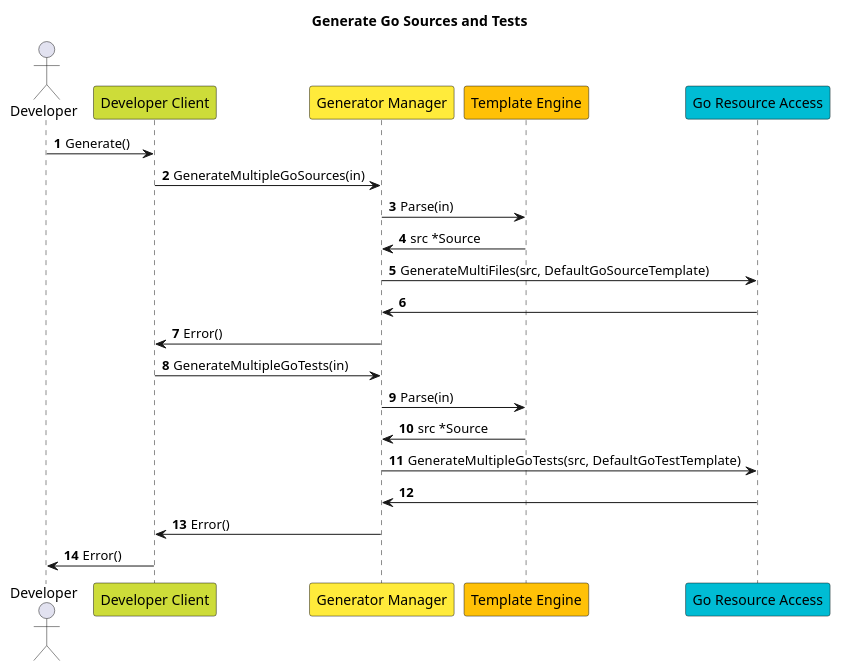
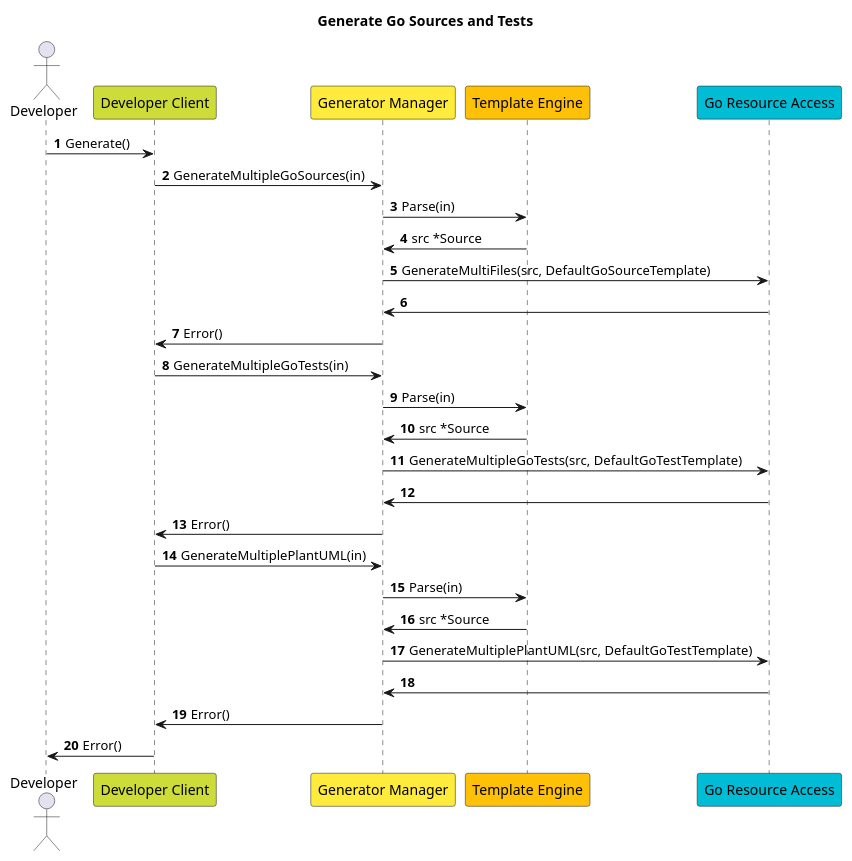
The diagram in internal/core/core.puml (andygeiss/godefault), drawn with PlantUML before and after one commit. The commit also changed 5 other files, not shown here.

Commit message:
plantuml support added

```diff
--- a/internal/core/core.puml
+++ b/internal/core/core.puml
@@ -1,32 +1,39 @@
 @startuml
 autonumber
 
 skinparam ResponseMessageBelowArrow true
 
 title "Generate Go Sources and Tests"
 
 actor Developer as A
 participant "Developer Client" as B #CDDC39
 participant "Generator Manager" as C #FFEB3B
 participant "Template Engine" as D #FFC107
 participant "Go Resource Access" as E #00BCD4
 
 A -> B: Generate()
 
 B -> C: GenerateMultipleGoSources(in)
 C -> D: Parse(in)
 D -> C: src *Source
 C -> E: GenerateMultiFiles(src, DefaultGoSourceTemplate)
 E -> C:
 C -> B: Error()
 
 B -> C: GenerateMultipleGoTests(in)
 C -> D: Parse(in)
 D -> C: src *Source
 C -> E: GenerateMultipleGoTests(src, DefaultGoTestTemplate)
 E -> C:
 C -> B: Error()
 
+B -> C: GenerateMultiplePlantUML(in)
+C -> D: Parse(in)
+D -> C: src *Source
+C -> E: GenerateMultiplePlantUML(src, DefaultGoTestTemplate)
+E -> C:
+C -> B: Error()
+
 B -> A: Error()
 
 @enduml
```
